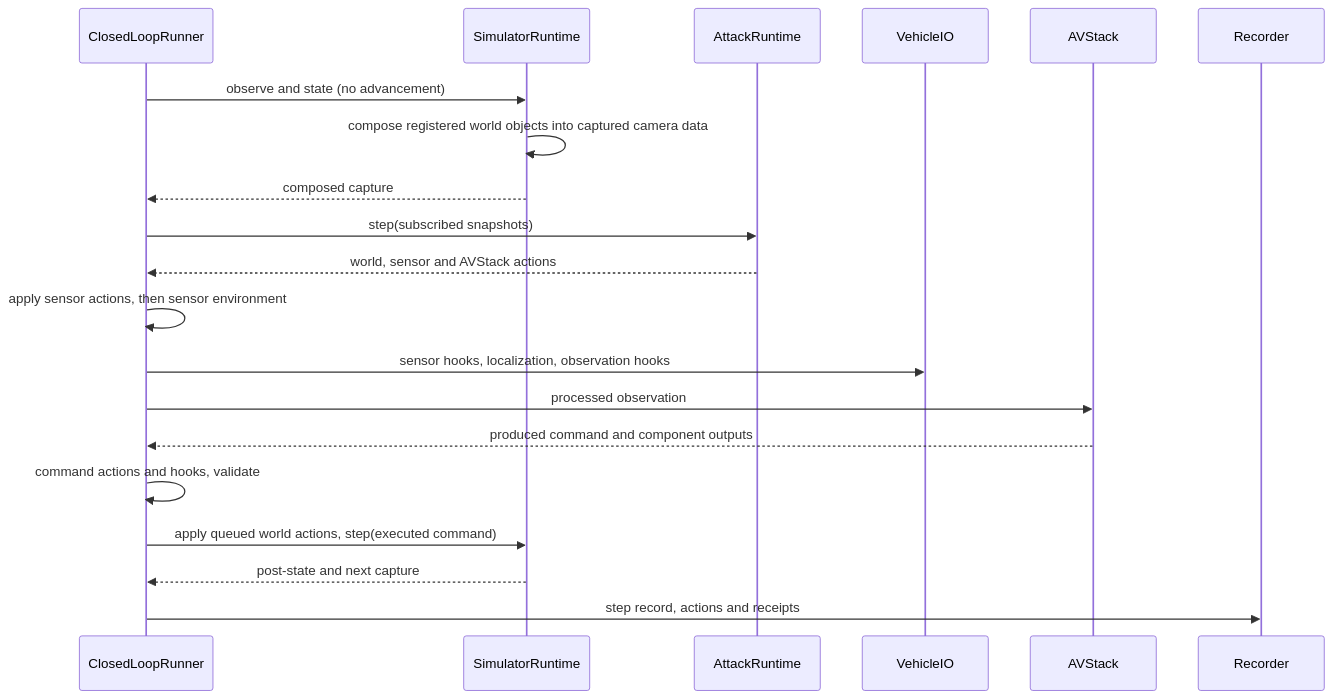
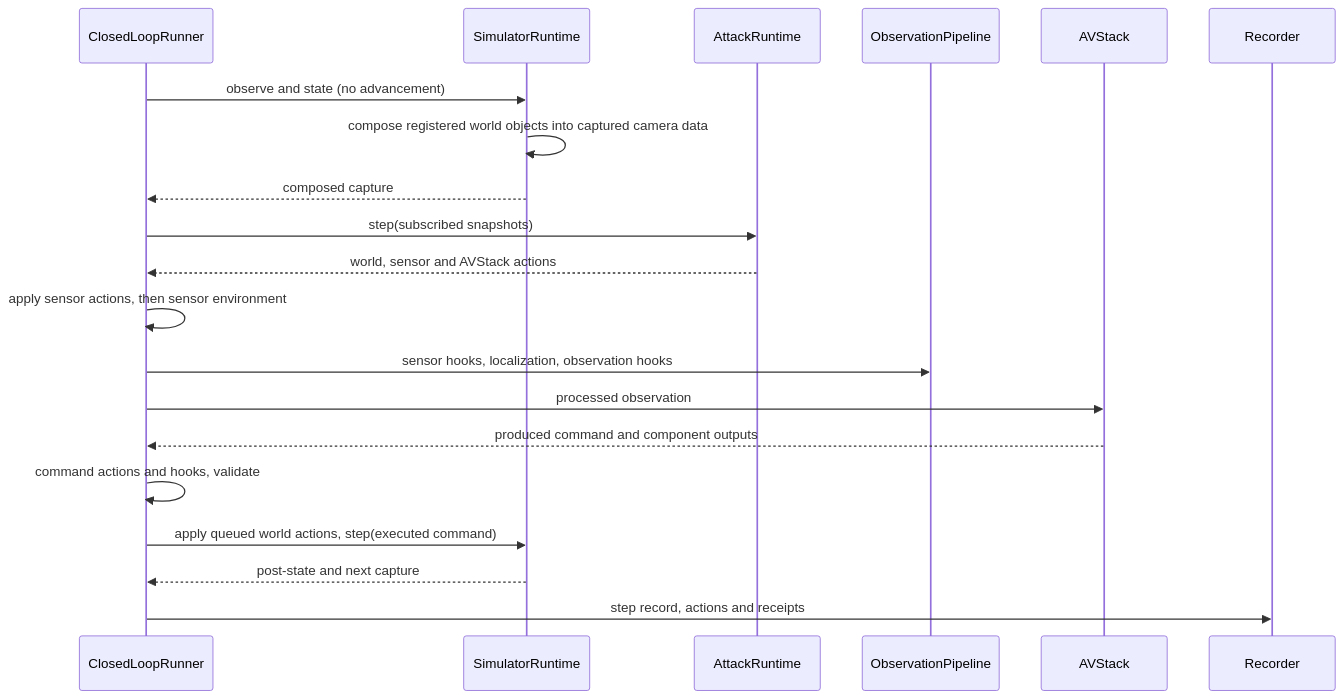
One commit to AVSecProject/AVSecTester changed the diagram in docs/reference/runtime.md. Above: the diagram before and after it, drawn with Mermaid. The commit also changed other lines of this file and 264 other files, not shown here.

````diff
--- a/docs/reference/runtime.md
+++ b/docs/reference/runtime.md
@@ -25,22 +25,22 @@
 ```mermaid
 sequenceDiagram
     participant R as ClosedLoopRunner
     participant S as SimulatorRuntime
     participant A as AttackRuntime
-    participant V as VehicleIO
+    participant V as ObservationPipeline
     participant D as AVStack
     participant L as Recorder
     R->>S: observe and state (no advancement)
     S->>S: compose registered world objects into captured camera data
     S-->>R: composed capture
     R->>A: step(subscribed snapshots)
     A-->>R: world, sensor and AVStack actions
     R->>R: apply sensor actions, then sensor environment
     R->>V: sensor hooks, localization, observation hooks
     R->>D: processed observation
     D-->>R: produced command and component outputs
     R->>R: command actions and hooks, validate
     R->>S: apply queued world actions, step(executed command)
     S-->>R: post-state and next capture
     R->>L: step record, actions and receipts
 ```
````
